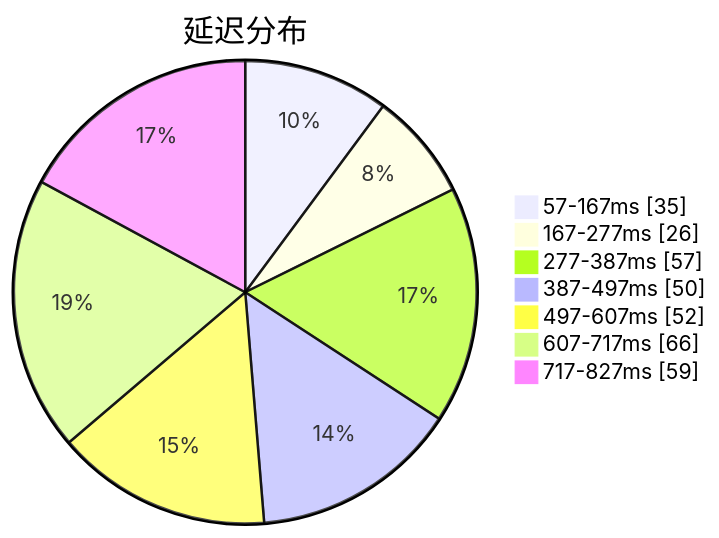
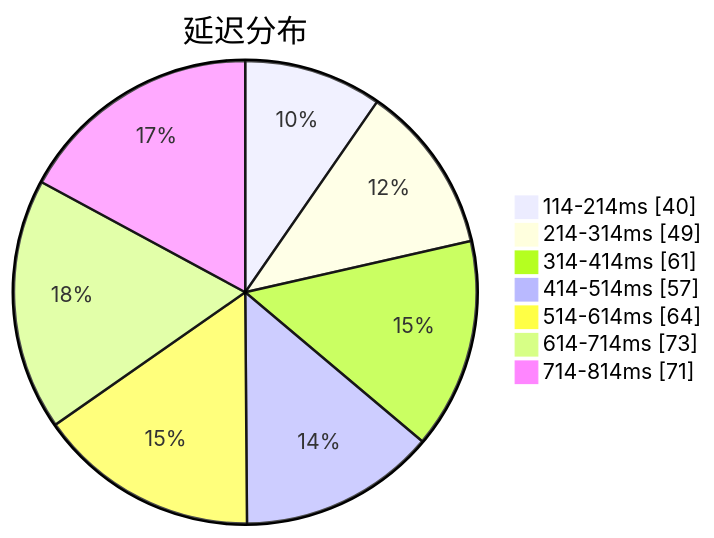
One commit to sinspired/airport changed the first of 3 diagrams in subs/statistics/tested_within.md. Above: the diagram before and after it, drawn with Mermaid. The commit also changed other lines of this file and 2 other files, not shown here.

````diff
--- a/subs/statistics/tested_within.md
+++ b/subs/statistics/tested_within.md
@@ -2,11 +2,11 @@
 ```mermaid
 pie showData
 title 延迟分布
-"57-167ms" : 35
-"167-277ms" : 26
-"277-387ms" : 57
-"387-497ms" : 50
-"497-607ms" : 52
-"607-717ms" : 66
-"717-827ms" : 59
+"114-214ms" : 40
+"214-314ms" : 49
+"314-414ms" : 61
+"414-514ms" : 57
+"514-614ms" : 64
+"614-714ms" : 73
+"714-814ms" : 71
 ```
````
